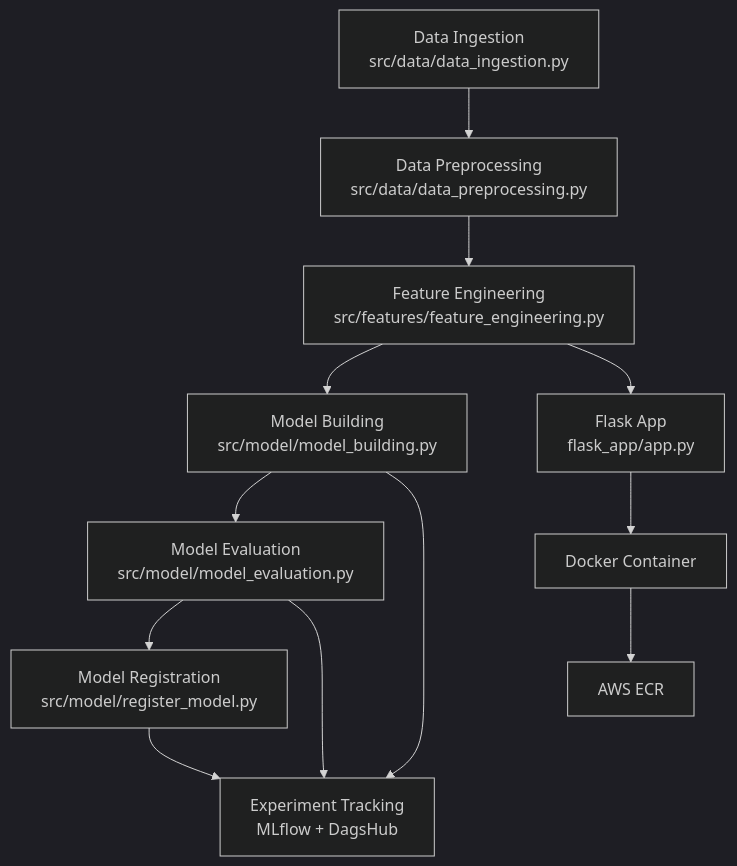
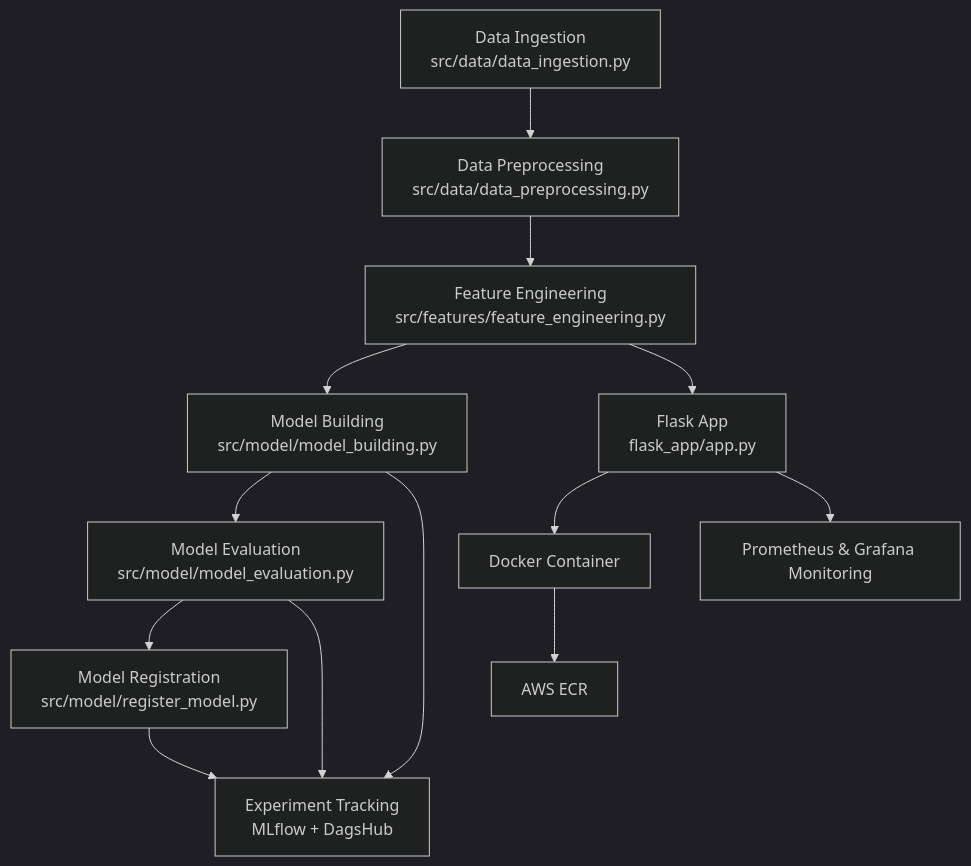
Before and after one commit to Pratik-Kaware/automate-mlops-lifecycle: the diagram in README.md, drawn with Mermaid (dark theme). The commit also changed other lines of this file and 1 other file, not shown here.

````diff
--- a/README.md
+++ b/README.md
@@ -210,14 +253,15 @@
 ```mermaid
 flowchart TD
     A[Data Ingestion<br>src/data/data_ingestion.py] --> B[Data Preprocessing<br>src/data/data_preprocessing.py]
     B --> C[Feature Engineering<br>src/features/feature_engineering.py]
     C --> D[Model Building<br>src/model/model_building.py]
     D --> E[Model Evaluation<br>src/model/model_evaluation.py]
     E --> F[Model Registration<br>src/model/register_model.py]
     D --> G[Experiment Tracking<br>MLflow + DagsHub]
     E --> G
     F --> G
     C --> H[Flask App<br>flask_app/app.py]
     H --> I[Docker Container]
     I --> J[AWS ECR]
+    H --> K[Prometheus & Grafana Monitoring]
 ```
````
